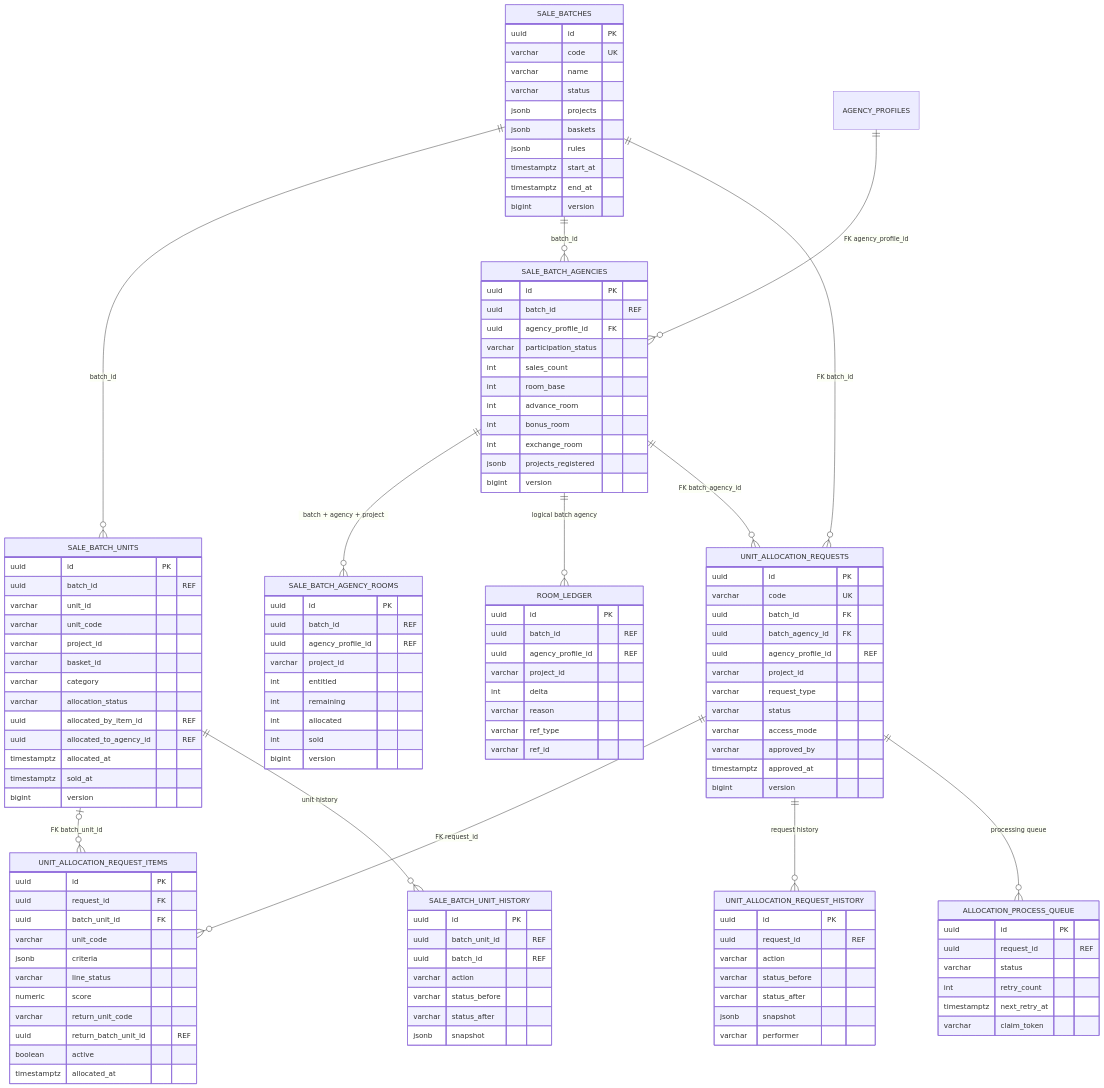
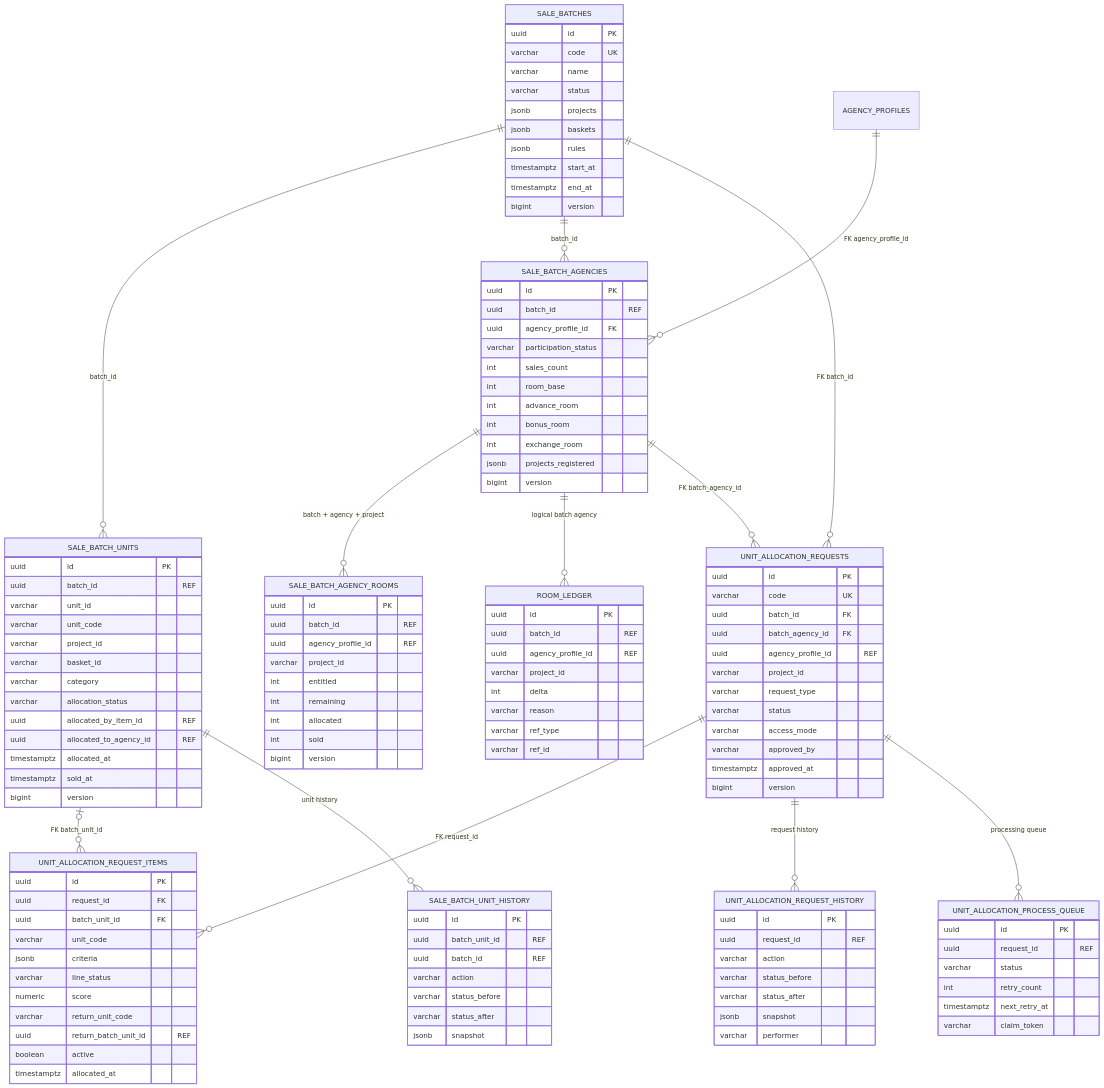
The fourth of 7 diagrams in database-erd.md (huynv-xyz/vhm), drawn with Mermaid before and after one commit. The commit also changed other lines of this file, not shown here.

```diff
--- a/database-erd.md
+++ b/database-erd.md
@@ -276,7 +276,7 @@
     SALE_BATCH_UNITS o|--o{ UNIT_ALLOCATION_REQUEST_ITEMS : "FK batch_unit_id"
     UNIT_ALLOCATION_REQUESTS ||--o{ UNIT_ALLOCATION_REQUEST_HISTORY : "request history"
     SALE_BATCH_UNITS ||--o{ SALE_BATCH_UNIT_HISTORY : "unit history"
-    UNIT_ALLOCATION_REQUESTS ||--o{ ALLOCATION_PROCESS_QUEUE : "processing queue"
+    UNIT_ALLOCATION_REQUESTS ||--o{ UNIT_ALLOCATION_PROCESS_QUEUE : "processing queue"
 
     SALE_BATCHES {
         uuid id PK
@@ -393,7 +393,7 @@
         jsonb snapshot
     }
 
-    ALLOCATION_PROCESS_QUEUE {
+    UNIT_ALLOCATION_PROCESS_QUEUE {
         uuid id PK
         uuid request_id "REF"
         varchar status
```
